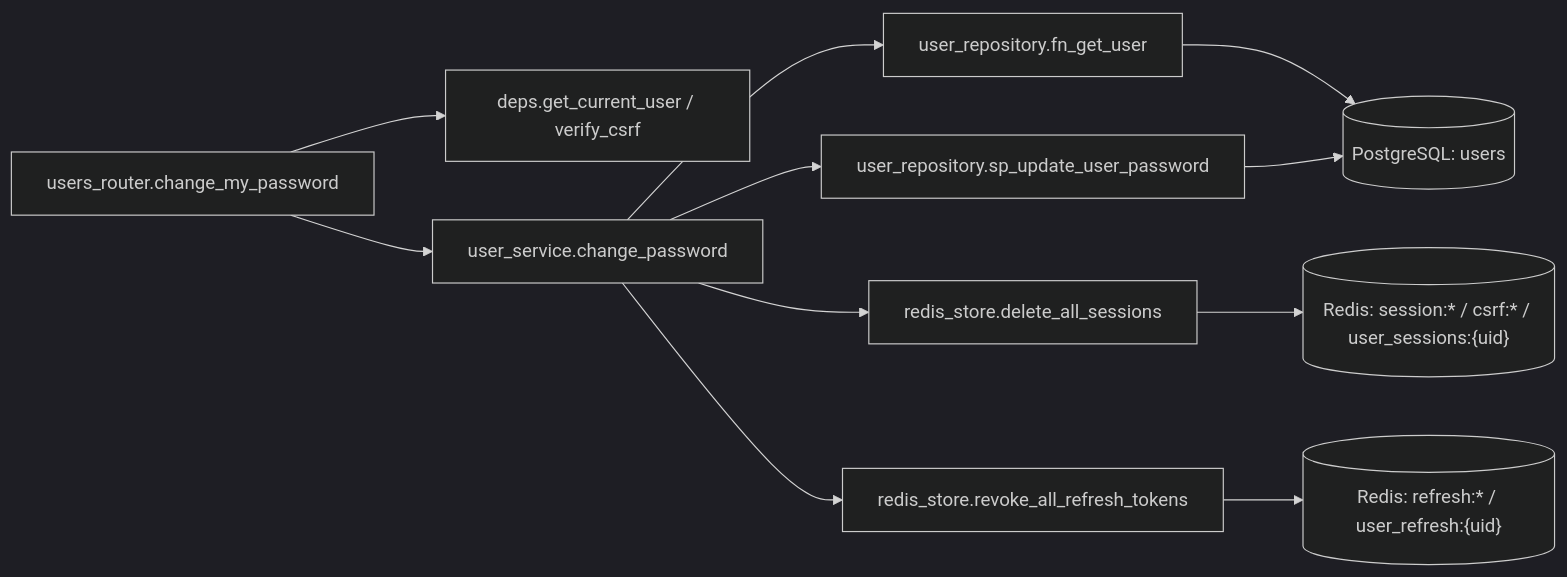
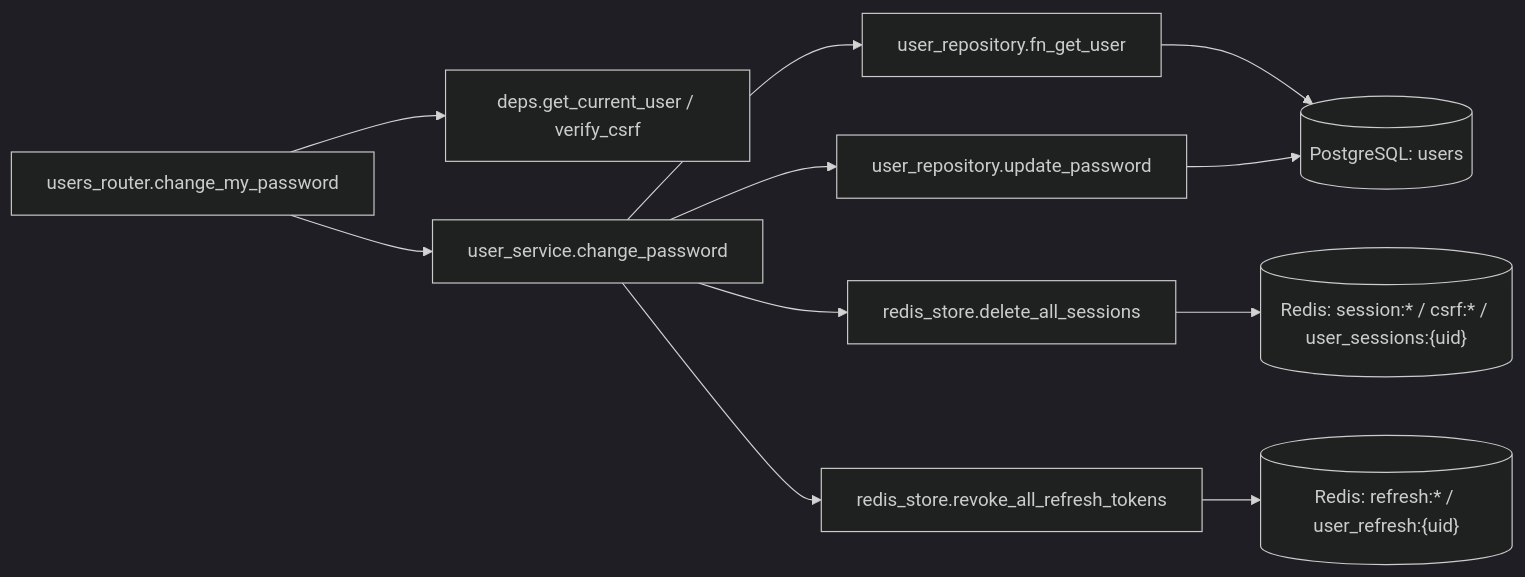
One commit to oikawa-d/task_management changed the third of 4 diagrams in docs/detailed_design/api/users/03_put_users_me_password.md. Above: the diagram before and after it, drawn with Mermaid (dark theme). The commit also changed other lines of this file and 1 other file, not shown here.

Commit message:
docs: PR421の設計書レビュー指摘を修正

````diff
--- a/docs/detailed_design/api/users/03_put_users_me_password.md
+++ b/docs/detailed_design/api/users/03_put_users_me_password.md
@@ -207,13 +207,13 @@
 ```mermaid
 flowchart LR
     R["users_router.change_my_password"] --> DEP["deps.get_current_user / verify_csrf"]
     R --> S["user_service.change_password"]
     S --> URP1["user_repository.fn_get_user"]
-    S --> URP2["user_repository.sp_update_user_password"]
+    S --> URP2["user_repository.update_password"]
     S --> RS1["redis_store.delete_all_sessions"]
     S --> RS2["redis_store.revoke_all_refresh_tokens"]
     URP1 --> PG[("PostgreSQL: users")]
     URP2 --> PG
     RS1 --> RD[("Redis: session:* / csrf:* / user_sessions:{uid}")]
     RS2 --> RD2[("Redis: refresh:* / user_refresh:{uid}")]
 ```
````
